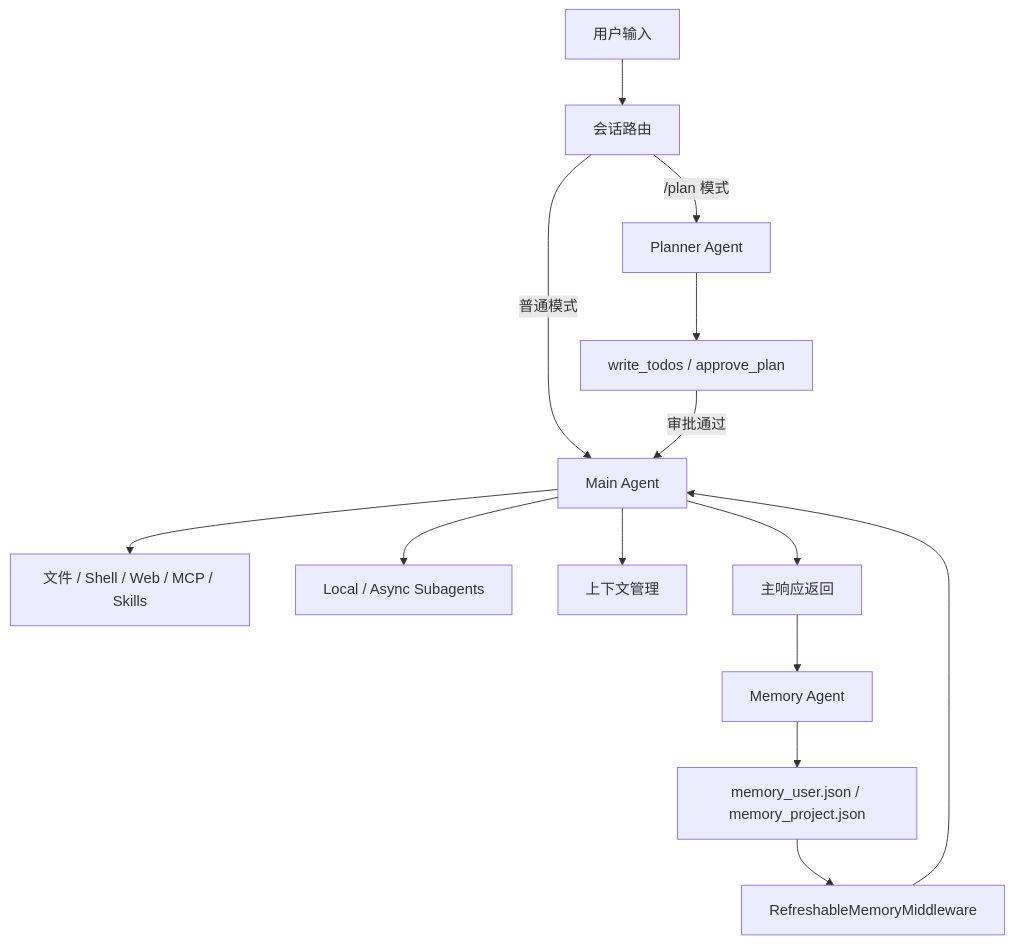
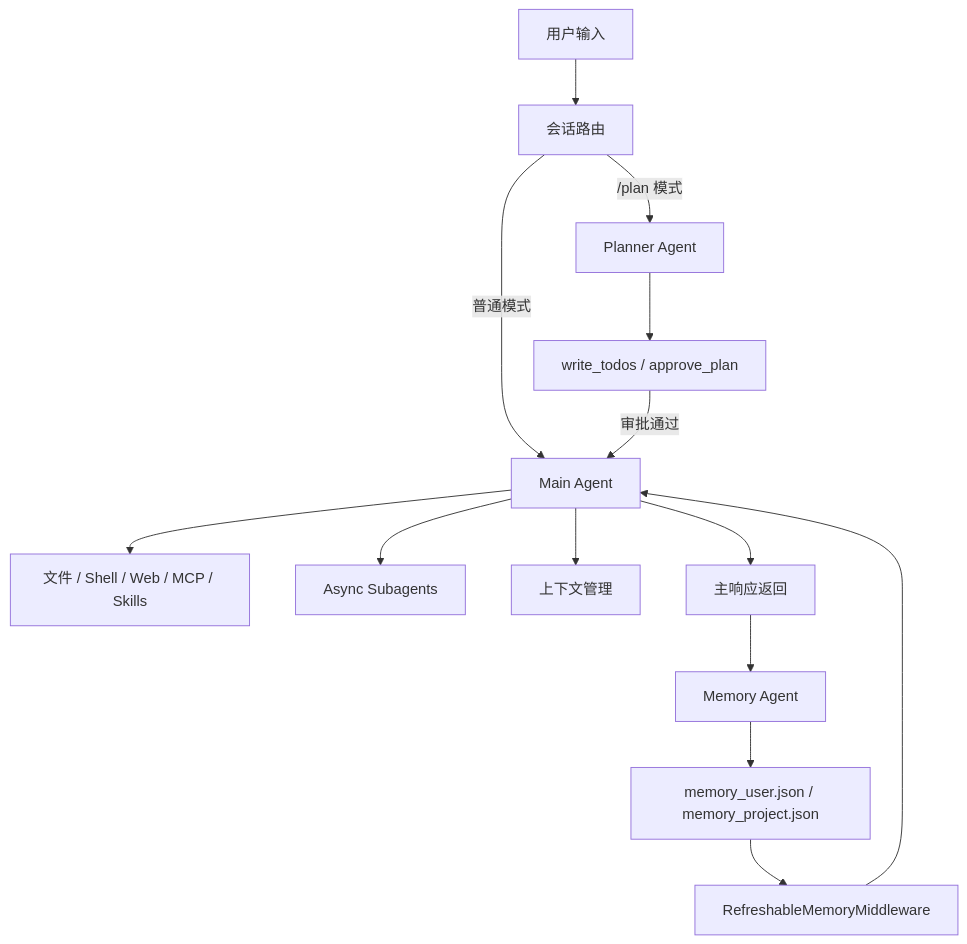
Before and after one commit to dog-qiuqiu/invincat: the diagram in doc/TECHNICAL_BLOG_CN.md, drawn with Mermaid. The commit also changed other lines of this file and 16 other files, not shown here.

````diff
--- a/doc/TECHNICAL_BLOG_CN.md
+++ b/doc/TECHNICAL_BLOG_CN.md
@@ -29,16 +29,16 @@
 ```mermaid
 flowchart TD
     U[用户输入] --> R[会话路由]
     R -->|普通模式| M[Main Agent]
     R -->|/plan 模式| P[Planner Agent]
     P --> T[write_todos / approve_plan]
     T -->|审批通过| M
     M --> Tools[文件 / Shell / Web / MCP / Skills]
-    M --> S[Local / Async Subagents]
+    M --> S[Async Subagents]
     M --> C[上下文管理]
     M --> A[主响应返回]
     A --> Mem[Memory Agent]
     Mem --> Store[memory_user.json / memory_project.json]
     Store --> Inj[RefreshableMemoryMiddleware]
     Inj --> M
 ```
````
